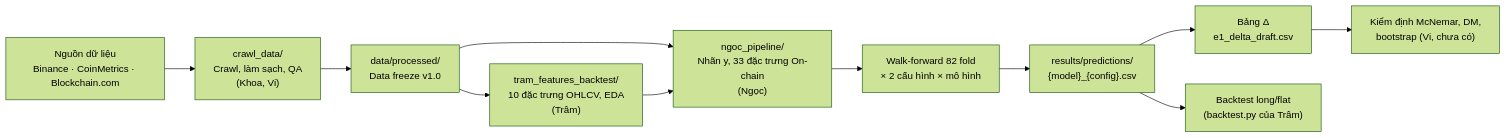
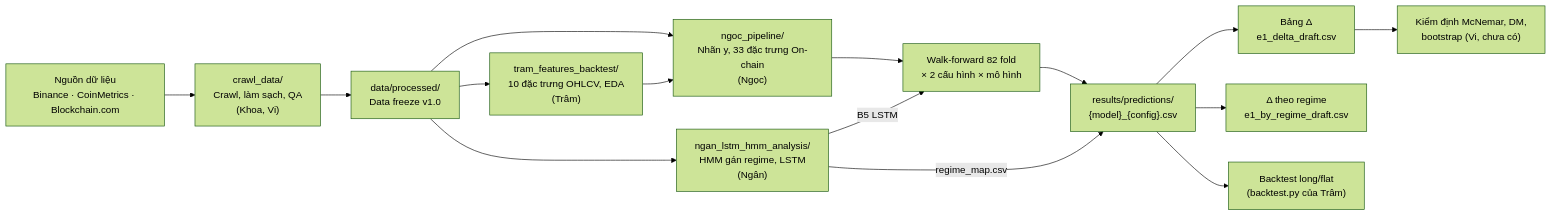
Before and after one commit to ngocphamttdt/is6105-blockchain: the diagram in PROJECT_FLOW.md, drawn with Mermaid (forest theme). The commit also changed other lines of this file and 26 other files, not shown here.

````diff
--- a/PROJECT_FLOW.md
+++ b/PROJECT_FLOW.md
@@ -32,13 +32,17 @@
 ```mermaid
 flowchart LR
     A["Nguồn dữ liệu<br/>Binance · CoinMetrics · Blockchain.com"] --> B["crawl_data/<br/>Crawl, làm sạch, QA<br/>(Khoa, Vi)"]
     B --> C["data/processed/<br/>Data freeze v1.0"]
     C --> D["tram_features_backtest/<br/>10 đặc trưng OHLCV, EDA<br/>(Trâm)"]
     C --> E["ngoc_pipeline/<br/>Nhãn y, 33 đặc trưng On-chain<br/>(Ngọc)"]
     D --> E
+    C --> K["ngan_lstm_hmm_analysis/<br/>HMM gán regime, LSTM<br/>(Ngân)"]
     E --> F["Walk-forward 82 fold<br/>× 2 cấu hình × mô hình"]
+    K -- "B5 LSTM" --> F
     F --> G["results/predictions/<br/>{model}_{config}.csv"]
+    K -- "regime_map.csv" --> G
     G --> H["Bảng Δ<br/>e1_delta_draft.csv"]
+    G --> L["Δ theo regime<br/>e1_by_regime_draft.csv"]
     G --> I["Backtest long/flat<br/>(backtest.py của Trâm)"]
     H --> J["Kiểm định McNemar, DM,<br/>bootstrap (Vi, chưa có)"]
 ```
````
